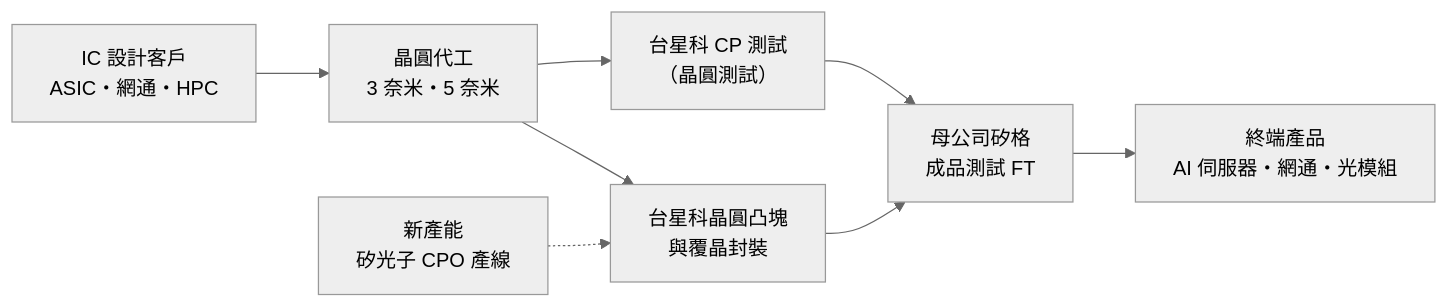
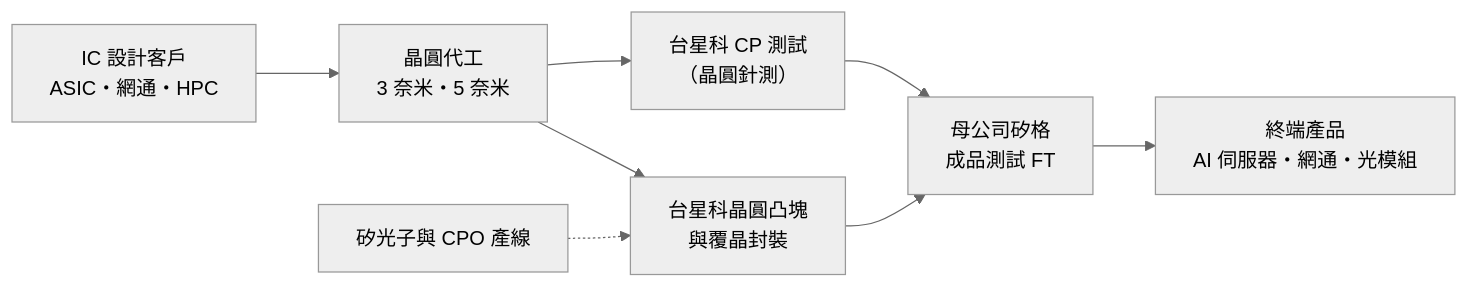
Before and after one commit to wangnick1004/taiwan-stock-vault: the second of 4 diagrams in 個股/台股/3265台星科.md, drawn with Mermaid (neutral theme). The commit also changed other lines of this file and 142 other files, not shown here.

````diff
--- a/個股/台股/3265台星科.md
+++ b/個股/台股/3265台星科.md
@@ -67,10 +66,10 @@
 ```mermaid
 flowchart LR
     A[IC 設計客戶<br/>ASIC・網通・HPC] --> B[晶圓代工<br/>3 奈米・5 奈米]
-    B --> C["台星科 CP 測試<br/>（晶圓測試）"]
+    B --> C["台星科 CP 測試<br/>（晶圓針測）"]
     B --> D["台星科晶圓凸塊<br/>與覆晶封裝"]
     C --> E[母公司矽格<br/>成品測試 FT]
     D --> E
     E --> F[終端產品<br/>AI 伺服器・網通・光模組]
-    G[新產能<br/>矽光子 CPO 產線] -.-> D
+    G[矽光子與 CPO 產線] -.-> D
 ```
````
